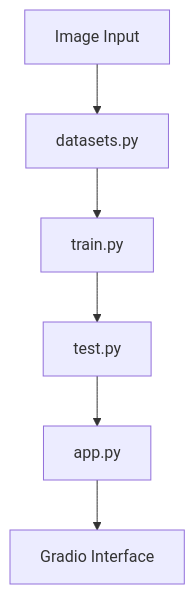
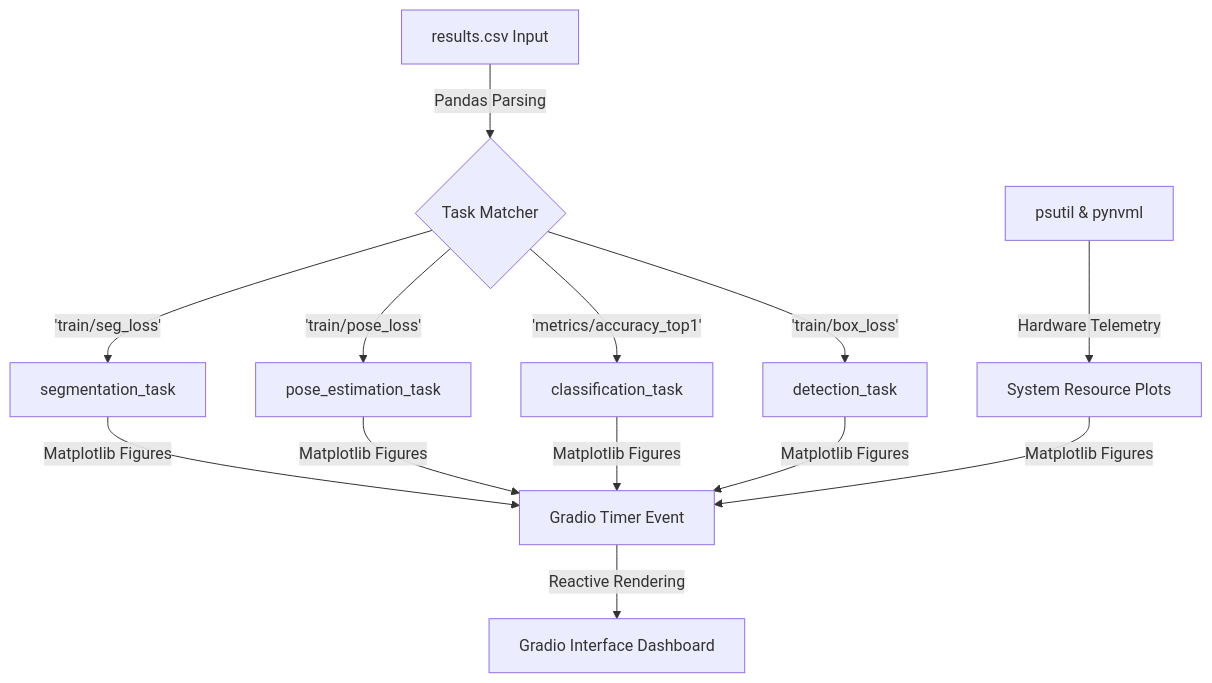
The diagram in README.md (Mushrum-mmb/YOLO-Training-Visualizer), drawn with Mermaid before and after one commit. The commit also changed other lines of this file, not shown here.

````diff
--- a/README.md
+++ b/README.md
@@ -206,8 +201,13 @@
 ```mermaid
 graph TD
-    A[Image Input] --> C[datasets.py]
-    C --> D[train.py]
-    D --> E[test.py]
-    E --> F[app.py]
-    F --> G[Gradio Interface]
+    A[results.csv Input] -->|Pandas Parsing| B{Task Matcher}
+    B -->|'train/seg_loss'| C[segmentation_task]
+    B -->|'train/pose_loss'| D[pose_estimation_task]
+    B -->|'metrics/accuracy_top1'| E[classification_task]
+    B -->|'train/box_loss'| F[detection_task]
+    
+    G[psutil & pynvml] -->|Hardware Telemetry| H[System Resource Plots]
+    
+    C & D & E & F & H -->|Matplotlib Figures| I[Gradio Timer Event]
+    I -->|Reactive Rendering| J[Gradio Interface Dashboard]
 ```
````
